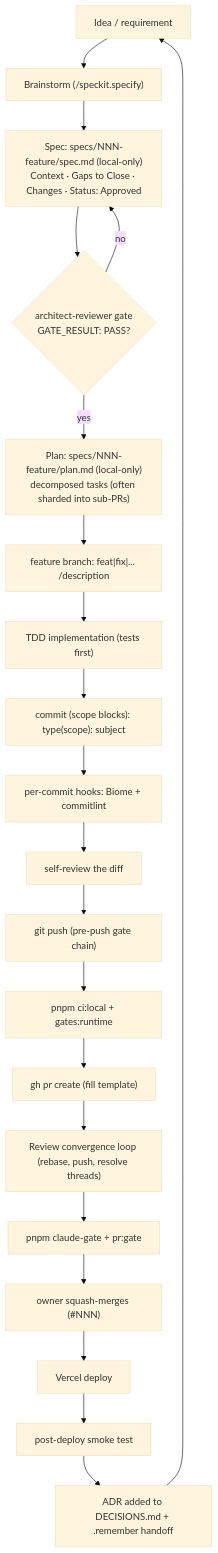
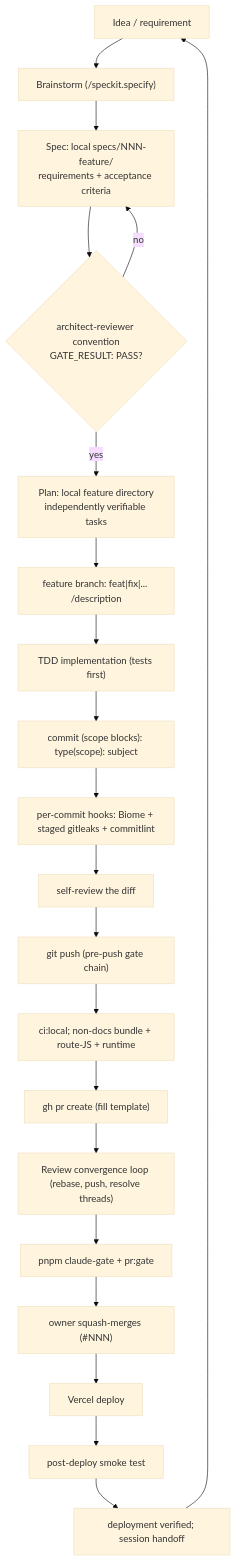
One commit to erikunha/portfolio changed the first of 2 diagrams in docs/handbook/development-lifecycle.md. Above: the diagram before and after it, drawn with Mermaid (base theme). The commit also changed other lines of this file and 10 other files, not shown here.

````diff
--- a/docs/handbook/development-lifecycle.md
+++ b/docs/handbook/development-lifecycle.md
@@ -7,23 +7,23 @@
 ```mermaid
 flowchart TD
     idea["Idea / requirement"] --> brainstorm["Brainstorm (/speckit.specify)"]
-    brainstorm --> spec["Spec: specs/NNN-feature/spec.md (local-only)<br/>Context · Gaps to Close · Changes · Status: Approved"]
-    spec --> agate{"architect-reviewer gate<br/>GATE_RESULT: PASS?"}
+    brainstorm --> spec["Spec: local specs/NNN-feature/<br/>requirements + acceptance criteria"]
+    spec --> agate{"architect-reviewer convention<br/>GATE_RESULT: PASS?"}
     agate -->|no| spec
-    agate -->|yes| plan["Plan: specs/NNN-feature/plan.md (local-only)<br/>decomposed tasks (often sharded into sub-PRs)"]
+    agate -->|yes| plan["Plan: local feature directory<br/>independently verifiable tasks"]
     plan --> branch["feature branch: feat|fix|... /description"]
     branch --> tdd["TDD implementation (tests first)"]
     tdd --> commit["commit (scope blocks): type(scope): subject"]
-    commit --> hooks["per-commit hooks: Biome + commitlint"]
+    commit --> hooks["per-commit hooks: Biome + staged gitleaks + commitlint"]
     hooks --> selfreview["self-review the diff"]
     selfreview --> push["git push (pre-push gate chain)"]
-    push --> readypr["pnpm ci:local + gates:runtime"]
+    push --> readypr["ci:local; non-docs bundle + route-JS + runtime"]
     readypr --> pr["gh pr create (fill template)"]
     pr --> conv["Review convergence loop (rebase, push, resolve threads)"]
     conv --> readymerge["pnpm claude-gate + pr:gate"]
     readymerge --> merge["owner squash-merges (#NNN)"]
     merge --> deploy["Vercel deploy"]
     deploy --> smoke["post-deploy smoke test"]
-    smoke --> adr["ADR added to DECISIONS.md + .remember handoff"]
+    smoke --> adr["deployment verified; session handoff"]
     adr --> idea
 ```
````
